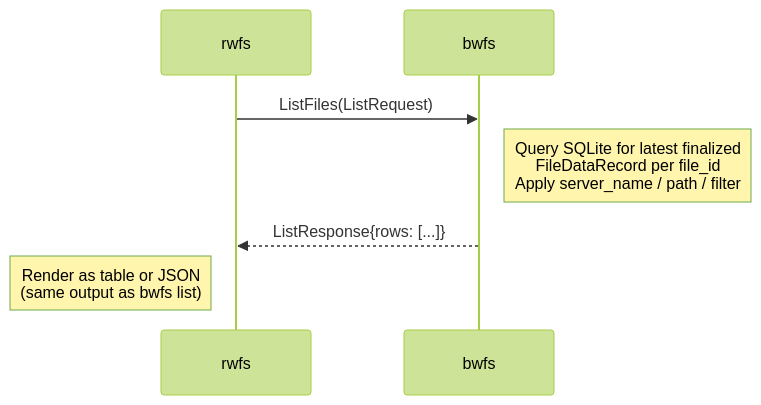
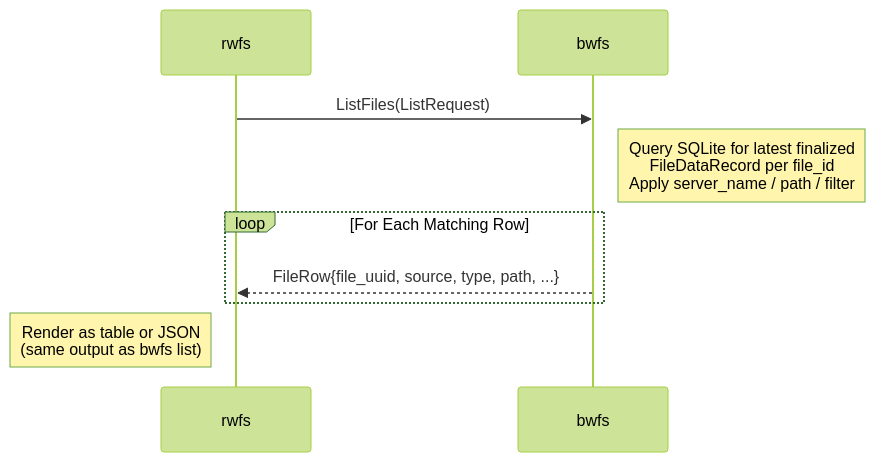
Before and after one commit to alex-sviridov/miniprotector: the diagram in docs/protocols/list.md, drawn with Mermaid (forest theme). The commit also changed other lines of this file and 4 other files, not shown here.

First line of the commit message:
docs(rwfs): correct stale ListResponse, reuse, and watchdog descriptions

````diff
--- a/docs/protocols/list.md
+++ b/docs/protocols/list.md
@@ -38,10 +38,12 @@
 ```mermaid
 sequenceDiagram
     participant Client as rwfs
     participant Server as bwfs
 
     Client->>Server: ListFiles(ListRequest)
     Note right of Server: Query SQLite for latest finalized<br/>FileDataRecord per file_id<br/>Apply server_name / path / filter
-    Server-->>Client: ListResponse{rows: [...]}
+    loop For Each Matching Row
+        Server-->>Client: FileRow{file_uuid, source, type, path, ...}
+    end
     Note left of Client: Render as table or JSON<br/>(same output as bwfs list)
 ```
````
